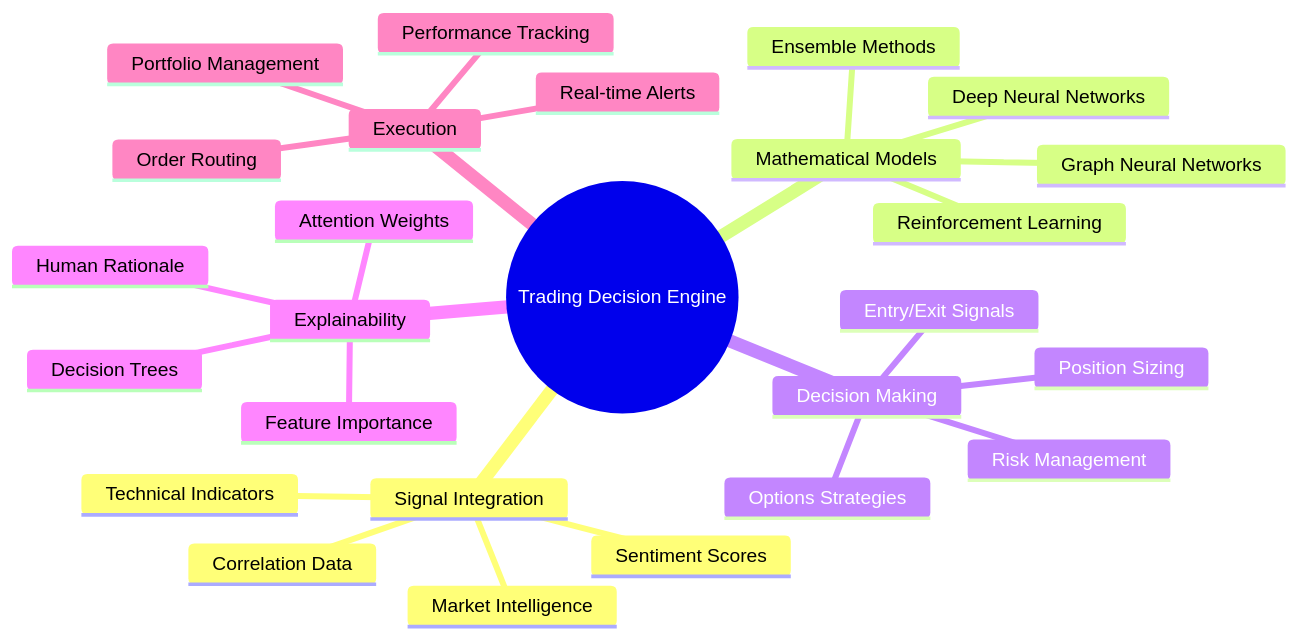
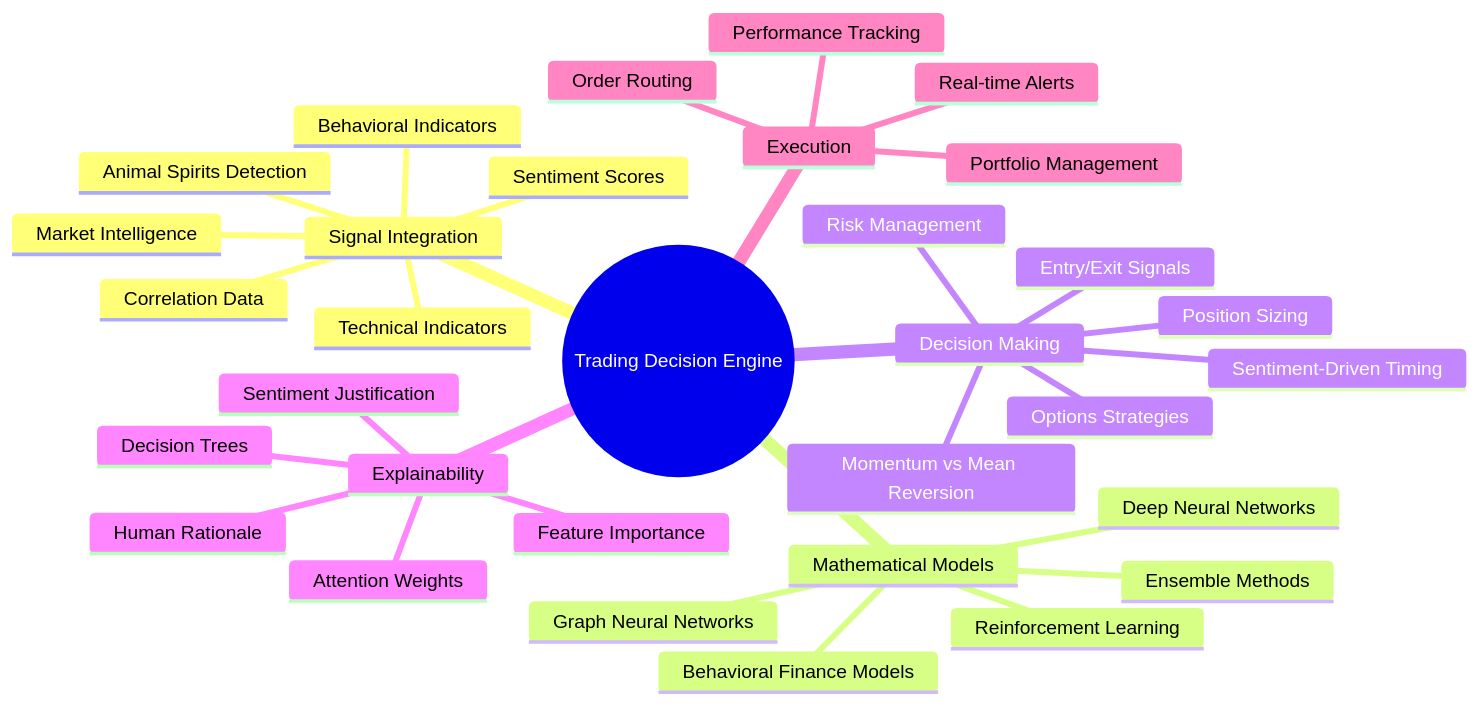
The first of 20 diagrams in docs/architecture/intelligent-trading-decision-engine.md (oldboldpilot/BigBrotherAnalytics), drawn with Mermaid before and after one commit. The commit also changed other lines of this file and 2 other files, not shown here.

````diff
--- a/docs/architecture/intelligent-trading-decision-engine.md
+++ b/docs/architecture/intelligent-trading-decision-engine.md
@@ -61,29 +80,35 @@
 ```mermaid
 mindmap
   root((Trading Decision Engine))
     Signal Integration
       Market Intelligence
       Correlation Data
       Technical Indicators
       Sentiment Scores
+      Behavioral Indicators
+      Animal Spirits Detection
     Mathematical Models
       Reinforcement Learning
       Deep Neural Networks
       Graph Neural Networks
       Ensemble Methods
+      Behavioral Finance Models
     Decision Making
       Options Strategies
       Position Sizing
       Risk Management
       Entry/Exit Signals
+      Sentiment-Driven Timing
+      Momentum vs Mean Reversion
     Explainability
       Feature Importance
       Decision Trees
       Attention Weights
       Human Rationale
+      Sentiment Justification
     Execution
       Order Routing
       Portfolio Management
       Performance Tracking
       Real-time Alerts
 ```
````
